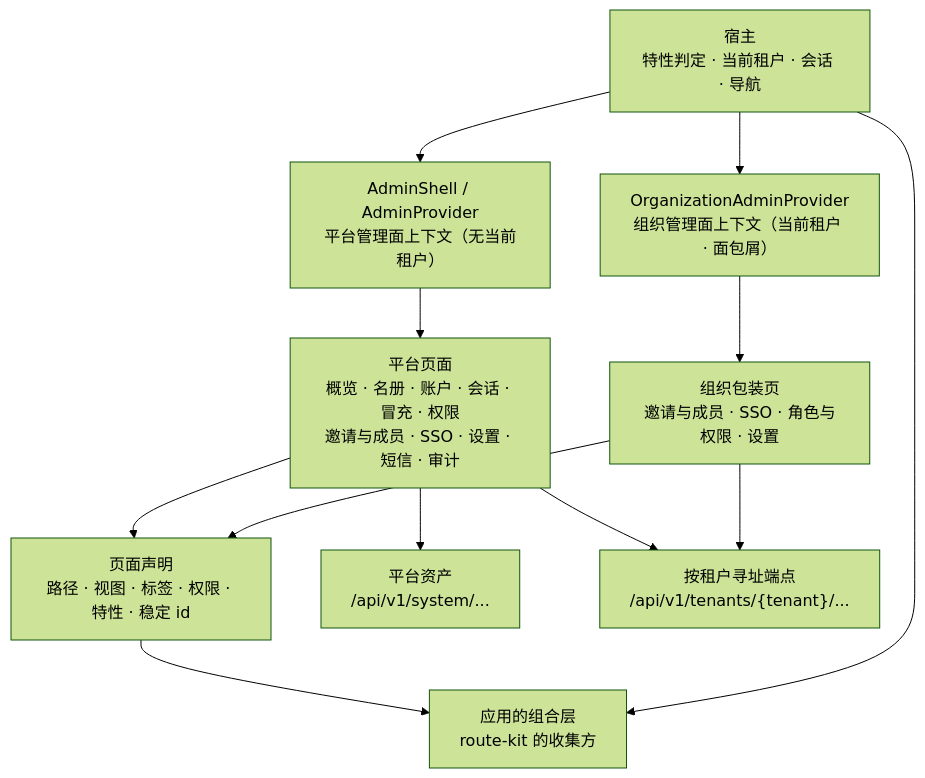
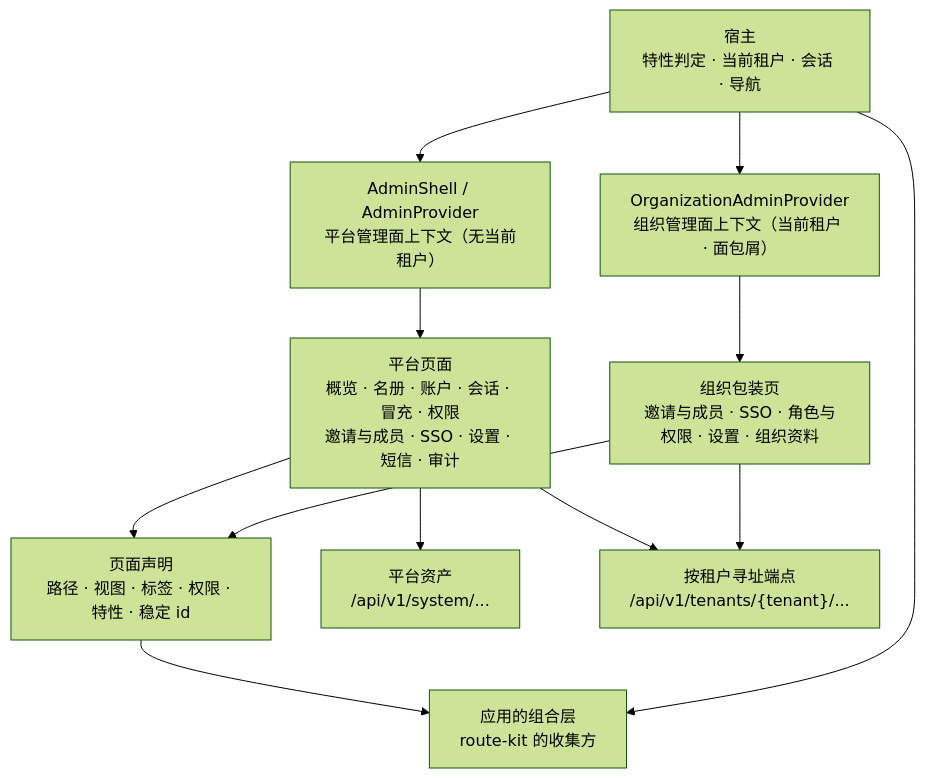
Before and after one commit to wangzw/speed: the diagram in docs/design/modules/web/design-web-admin-ui.md, drawn with Mermaid (forest theme). The commit also changed other lines of this file and 16 other files, not shown here.

````diff
--- a/docs/design/modules/web/design-web-admin-ui.md
+++ b/docs/design/modules/web/design-web-admin-ui.md
@@ -374,23 +382,23 @@
 ```mermaid
 graph TD
     host["宿主\n特性判定 · 当前租户 · 会话 · 导航"]
     collect["应用的组合层\nroute-kit 的收集方"]
     decl["页面声明\n路径 · 视图 · 标签 · 权限 · 特性 · 稳定 id"]
     pframe["AdminShell / AdminProvider\n平台管理面上下文（无当前租户）"]
     ppages["平台页面\n概览 · 名册 · 账户 · 会话 · 冒充 · 权限\n邀请与成员 · SSO · 设置 · 短信 · 审计"]
     wframe["OrganizationAdminProvider\n组织管理面上下文（当前租户 · 面包屑）"]
-    wpages["组织包装页\n邀请与成员 · SSO · 角色与权限 · 设置"]
+    wpages["组织包装页\n邀请与成员 · SSO · 角色与权限 · 设置 · 组织资料"]
     papi["平台资产\n/api/v1/system/..."]
     tapi["按租户寻址端点\n/api/v1/tenants/{tenant}/..."]
     ppages --> decl
     wpages --> decl
     decl --> collect
     host --> pframe
     host --> wframe
     host --> collect
     pframe --> ppages
     wframe --> wpages
     ppages --> papi
     ppages --> tapi
     wpages --> tapi
 ```
````
